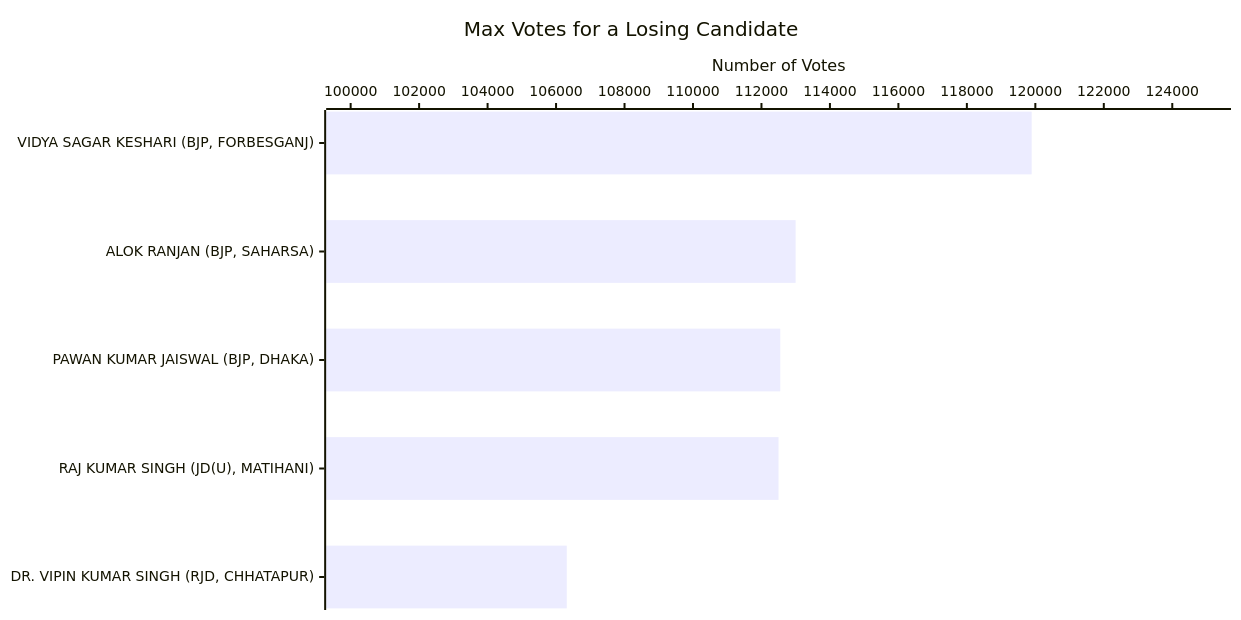
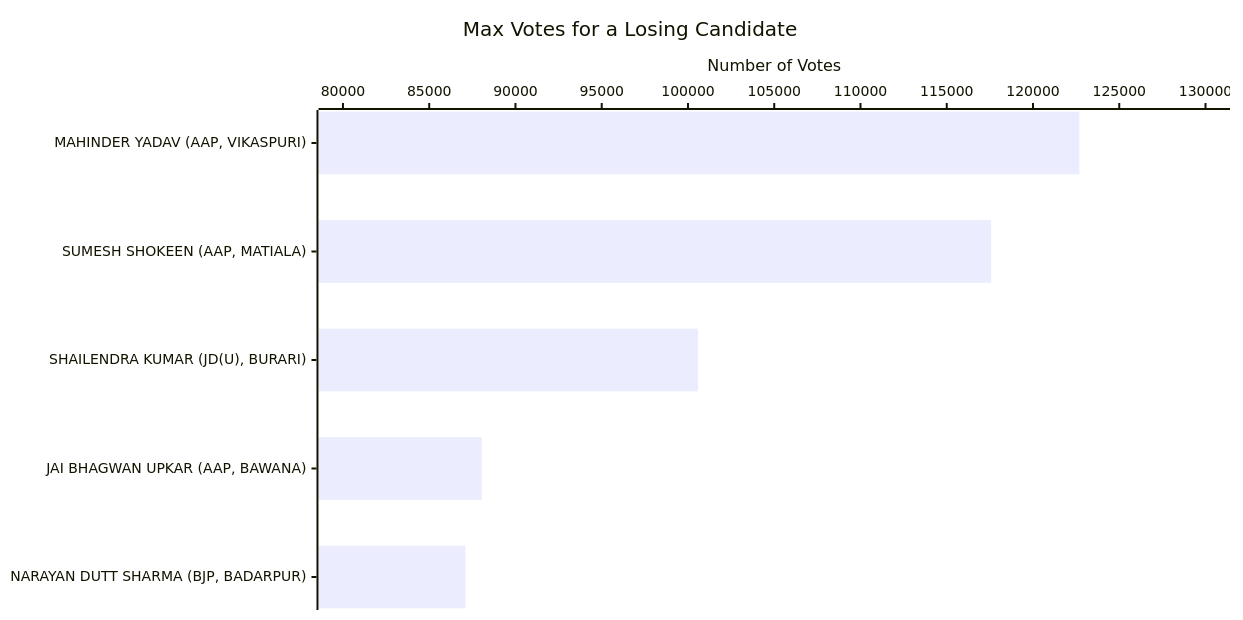
One commit to arjunswaj/elections changed the fourth of 23 diagrams in BIHAR-GRAPH.md. Above: the diagram before and after it, drawn with Mermaid. The commit also changed other lines of this file and 9 other files, not shown here.

````diff
--- a/BIHAR-GRAPH.md
+++ b/BIHAR-GRAPH.md
@@ -112,17 +112,17 @@
 ```mermaid
 ---
 config:
     xyChart:
         width: 1200
         height: 600
         chartOrientation: horizontal
         dataLabels:
             enabled: true
             placement: end
 ---
 xychart-beta
     title "Max Votes for a Losing Candidate"
-    x-axis ["VIDYA SAGAR KESHARI (BJP, FORBESGANJ)", "ALOK RANJAN (BJP, SAHARSA)", "PAWAN KUMAR JAISWAL (BJP, DHAKA)", "RAJ KUMAR SINGH (JD(U), MATIHANI)", "DR. VIPIN KUMAR SINGH (RJD, CHHATAPUR)"]
-    y-axis "Number of Votes" 100000 --> 125000
-    bar [119893, 112998, 112549, 112499, 106313]
+    x-axis ["MAHINDER YADAV (AAP, VIKASPURI)", "SUMESH SHOKEEN (AAP, MATIALA)", "SHAILENDRA KUMAR (JD(U), BURARI)", "JAI BHAGWAN UPKAR (AAP, BAWANA)", "NARAYAN DUTT SHARMA (BJP, BADARPUR)"]
+    y-axis "Number of Votes" 80000 --> 130000
+    bar [122688, 117572, 100580, 88040, 87103]
 ```
````
